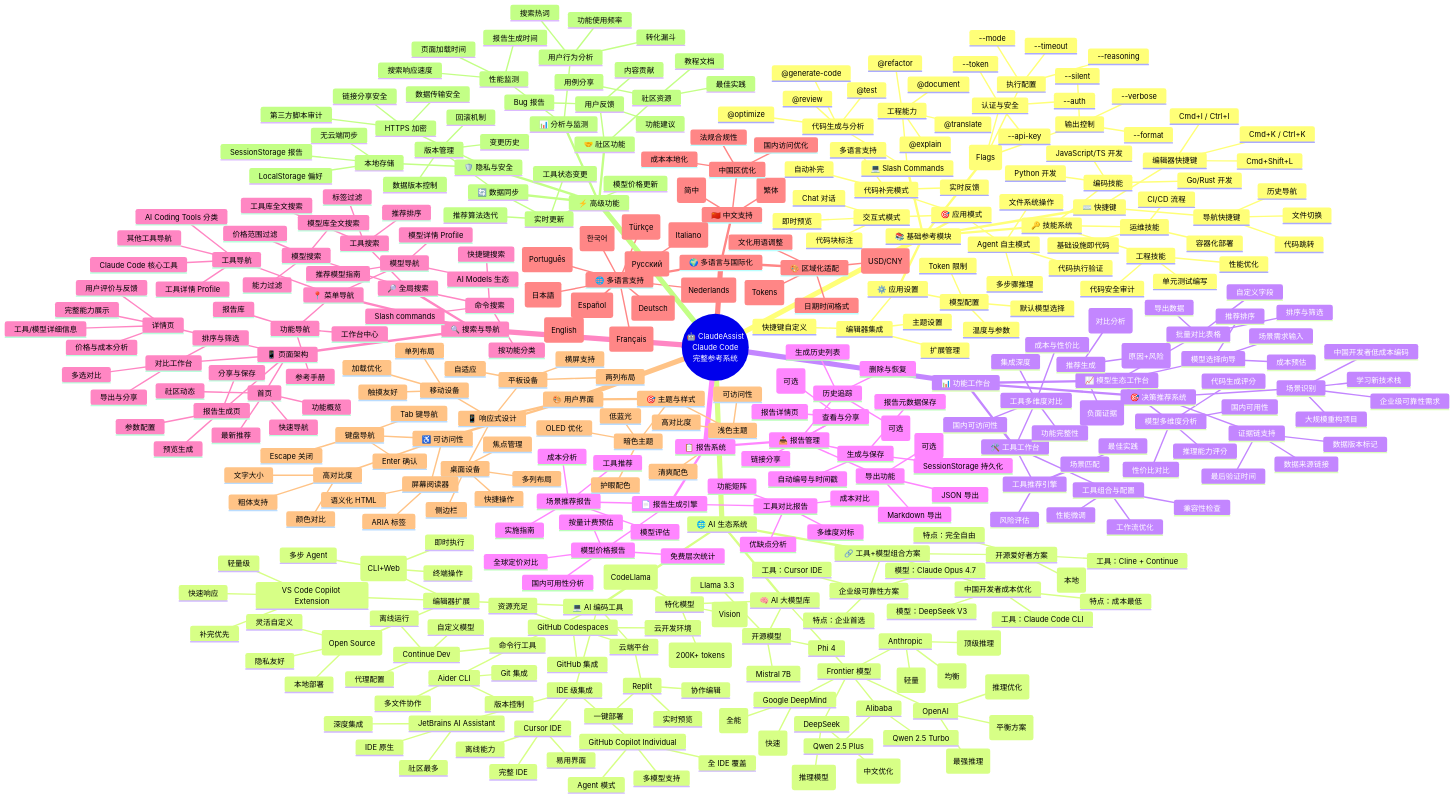
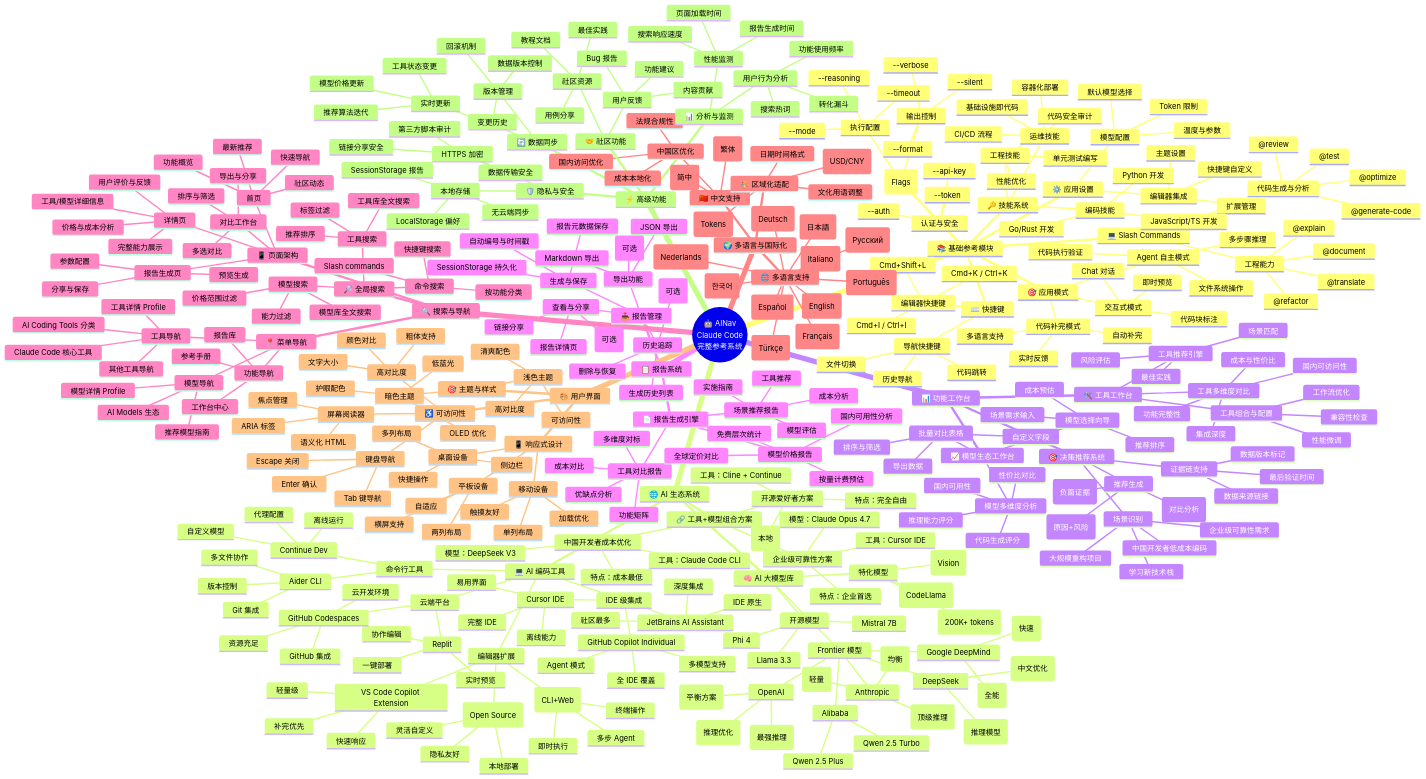
Before and after one commit to tangjianfang/ClaudeAssist: the diagram in SYSTEM_ARCHITECTURE.md, drawn with Mermaid. The commit also changed other lines of this file and 45 other files, not shown here.

````diff
--- a/SYSTEM_ARCHITECTURE.md
+++ b/SYSTEM_ARCHITECTURE.md
@@ -27,6 +27,6 @@
 ```mermaid
 mindmap
-  root((🤖 ClaudeAssist<br/>Claude Code<br/>完整参考系统))
+  root((🤖 AINav<br/>Claude Code<br/>完整参考系统))
     📚 基础参考模块
       💻 Slash Commands
         代码生成与分析
````
